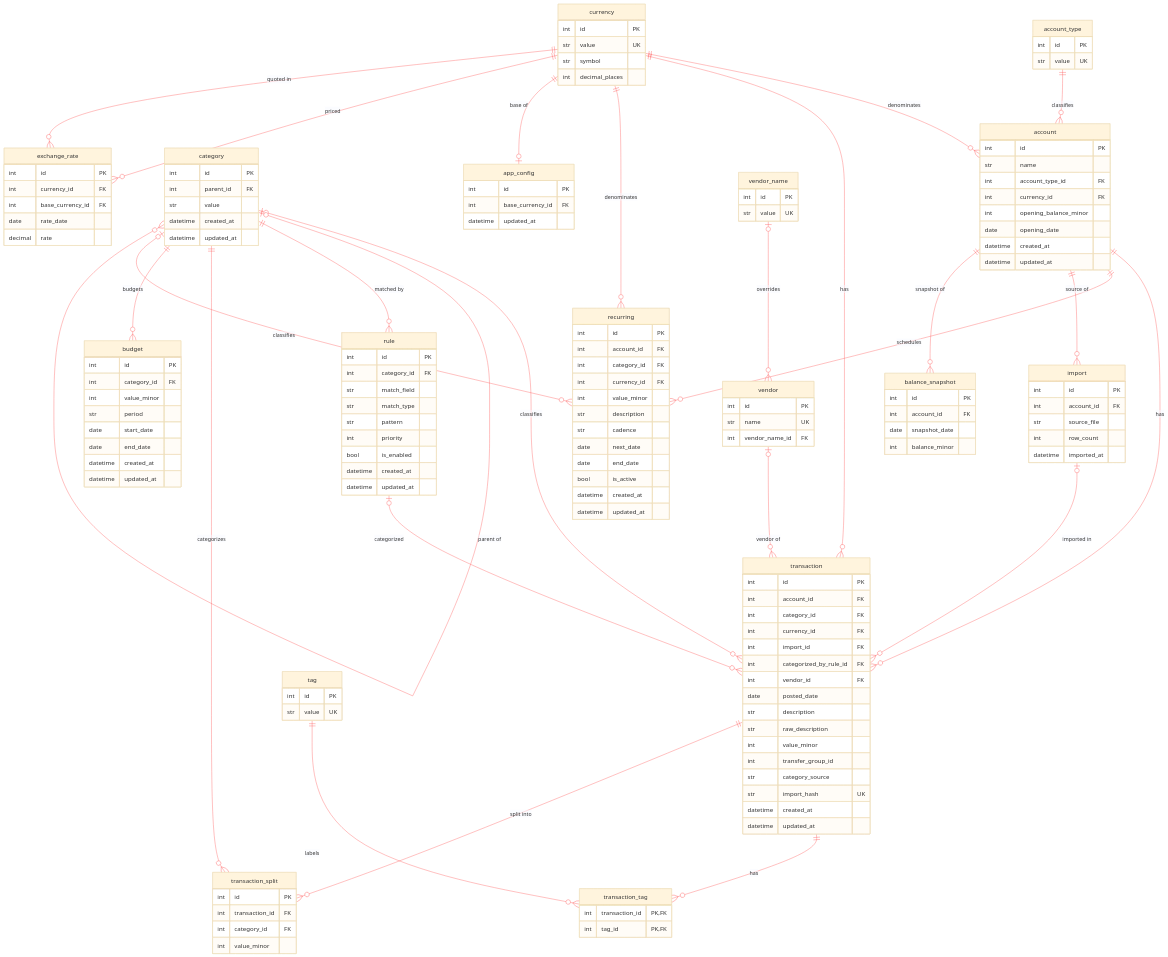
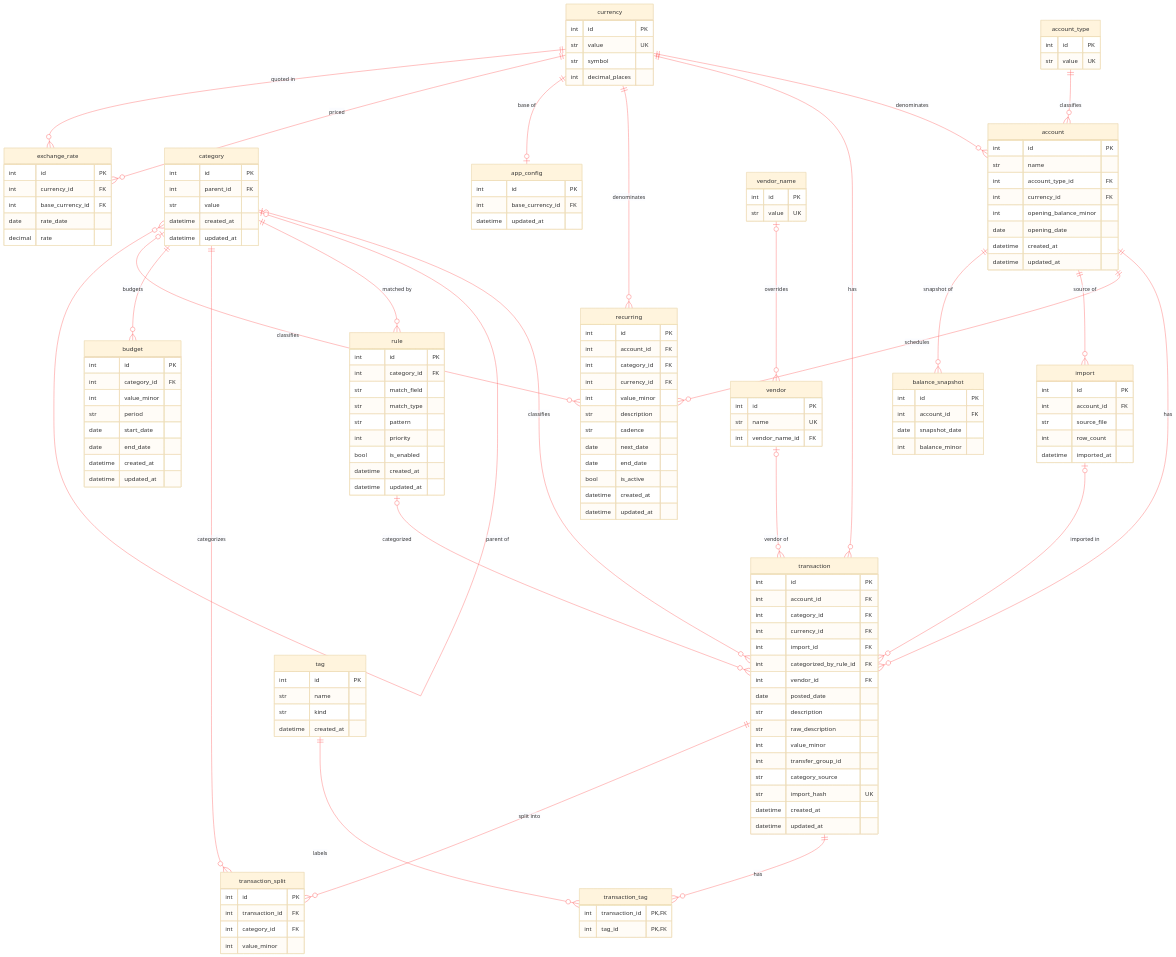
The diagram in README.md (Benkendorfer/budget_tracker), drawn with Mermaid before and after one commit. The commit also changed other lines of this file and 19 other files, not shown here.

```diff
--- a/README.md
+++ b/README.md
@@ -981,7 +995,9 @@
     }
     tag {
         int id PK
-        str value UK
+        str name
+        str kind
+        datetime created_at
     }
     transaction_tag {
         int transaction_id PK, FK
```
